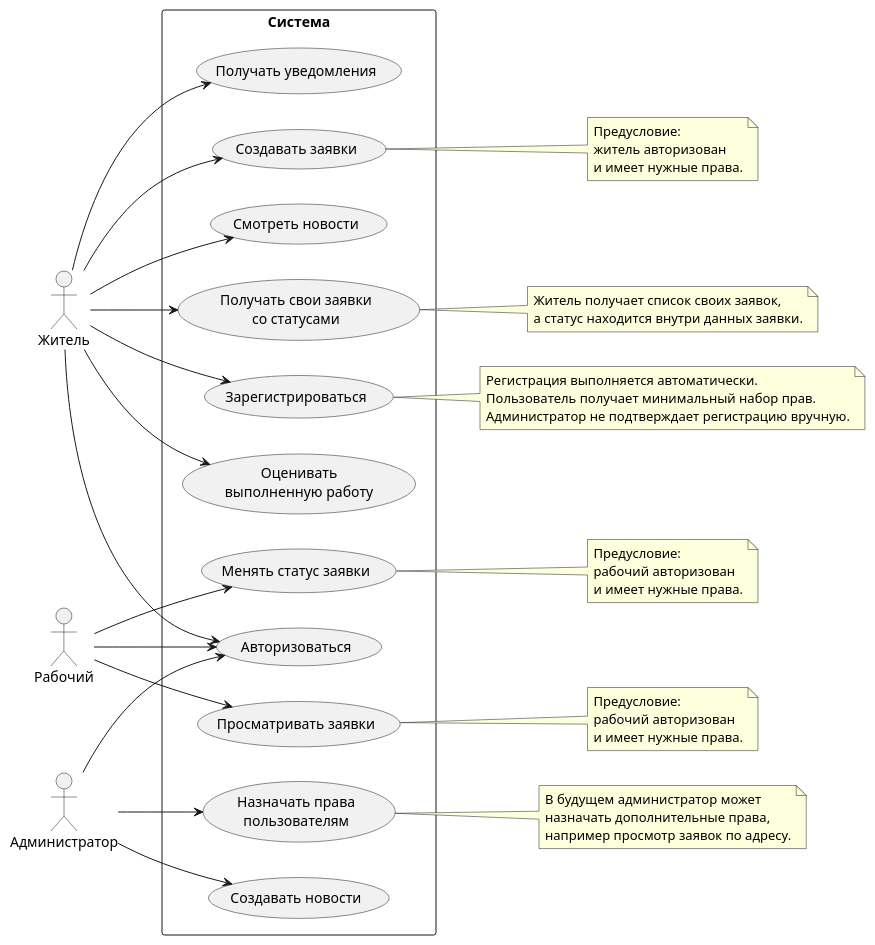
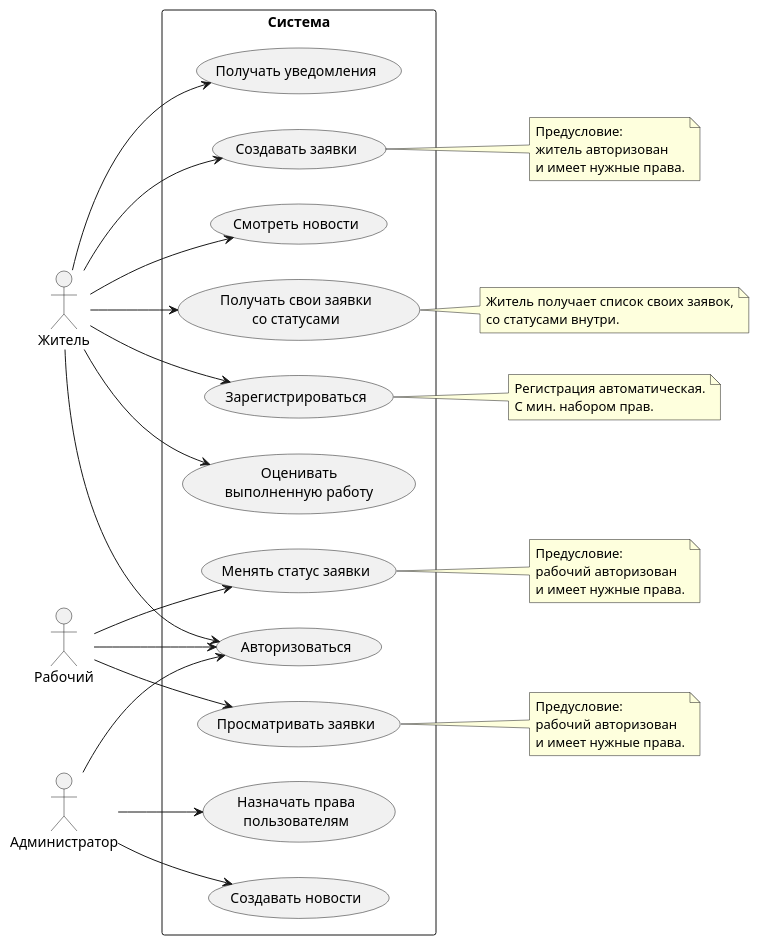
One commit to ArthurDavletov/ufanet_practice_zheu changed the diagram in diagrams/use_case_diagram.wsd. Above: the diagram before and after it, drawn with PlantUML.

Commit message:
Убрал ненужные заметки

```diff
--- a/diagrams/use_case_diagram.wsd
+++ b/diagrams/use_case_diagram.wsd
@@ -1,77 +1,70 @@
 @startuml "Диаграмма вариантов использования"
 left to right direction
 skinparam packageStyle rectangle
 
 actor "Житель" as Resident
 actor "Рабочий" as Worker
 actor "Администратор" as Admin
 
 rectangle "Система" {
     usecase "Зарегистрироваться" as UC_Register
     usecase "Авторизоваться" as UC_Login
 
     usecase "Смотреть новости" as UC_ViewNews
     usecase "Создавать заявки" as UC_CreateTicket
     usecase "Получать свои заявки\nсо статусами" as UC_GetOwnTickets
     usecase "Оценивать\nвыполненную работу" as UC_RateWork
     usecase "Получать уведомления" as UC_GetNotifications
 
     usecase "Просматривать заявки" as UC_ViewTickets
     usecase "Менять статус заявки" as UC_ChangeTicketStatus
 
     usecase "Создавать новости" as UC_CreateNews
     usecase "Назначать права\nпользователям" as UC_AssignRights
 }
 
 Resident --> UC_Register
 Resident --> UC_Login
 Resident --> UC_ViewNews
 Resident --> UC_CreateTicket
 Resident --> UC_GetOwnTickets
 Resident --> UC_RateWork
 Resident --> UC_GetNotifications
 
 Worker --> UC_Login
 Worker --> UC_ViewTickets
 Worker --> UC_ChangeTicketStatus
 
 Admin --> UC_Login
 Admin --> UC_CreateNews
 Admin --> UC_AssignRights
 
 note right of UC_Register
-Регистрация выполняется автоматически.
-Пользователь получает минимальный набор прав.
-Администратор не подтверждает регистрацию вручную.
+Регистрация автоматическая.
+С мин. набором прав.
 end note
 
 note right of UC_CreateTicket
 Предусловие:
 житель авторизован
 и имеет нужные права.
 end note
 
 note right of UC_GetOwnTickets
 Житель получает список своих заявок,
-а статус находится внутри данных заявки.
+со статусами внутри.
 end note
 
 note right of UC_ViewTickets
 Предусловие:
 рабочий авторизован
 и имеет нужные права.
 end note
 
 note right of UC_ChangeTicketStatus
 Предусловие:
 рабочий авторизован
 и имеет нужные права.
 end note
 
-note right of UC_AssignRights
-В будущем администратор может
-назначать дополнительные права,
-например просмотр заявок по адресу.
-end note
-
 @enduml
```
